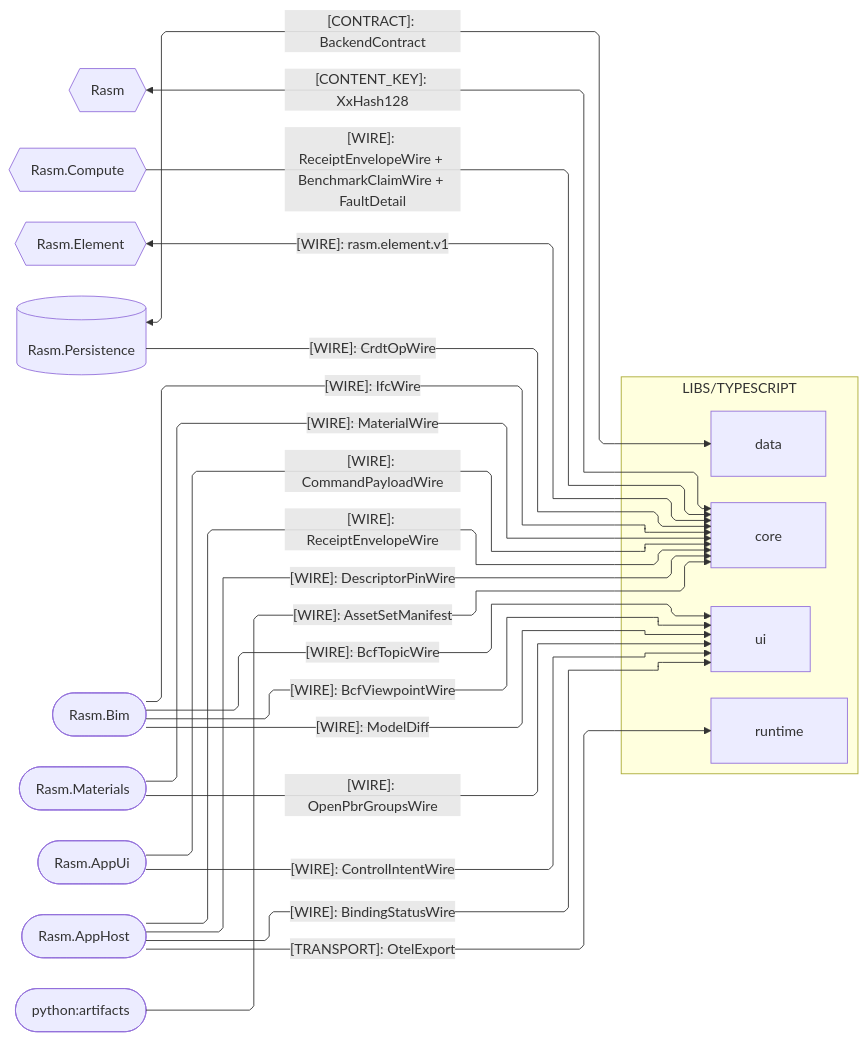
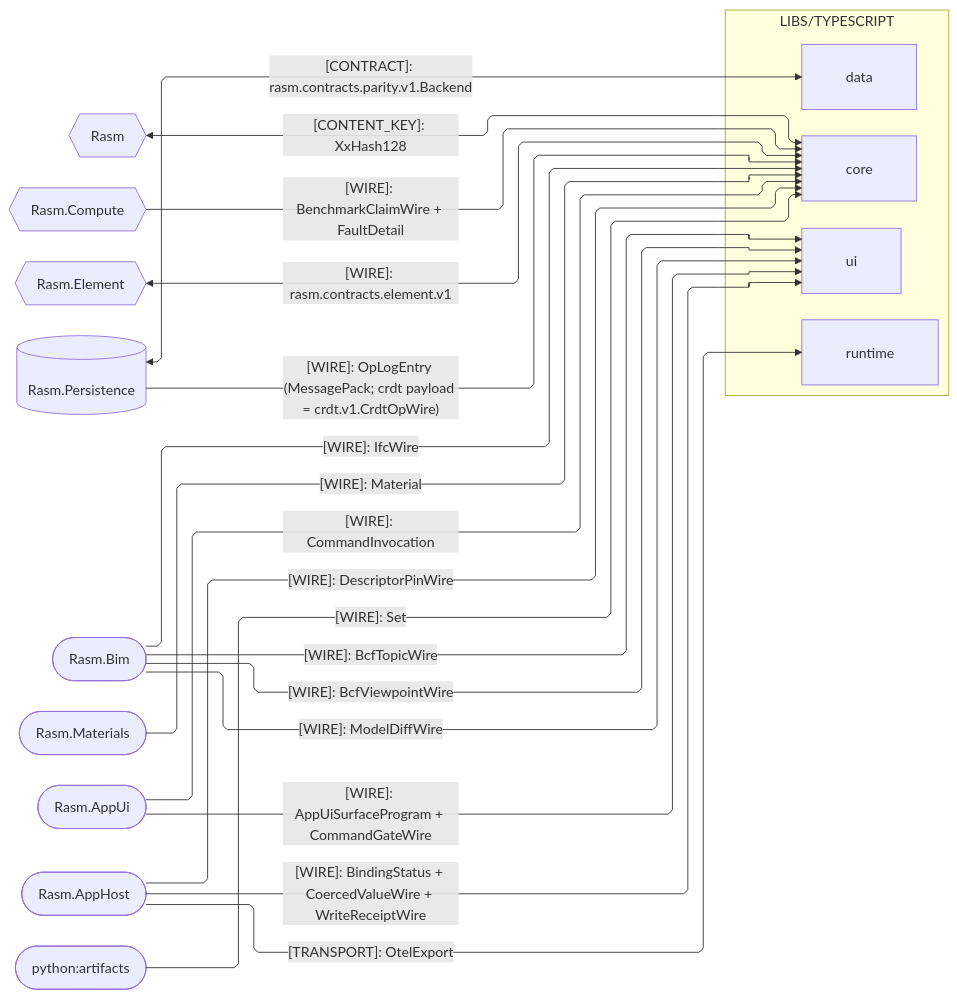
The second of 4 diagrams in libs/typescript/.planning/ARCHITECTURE.md (bsamiee/Rasm), drawn with Mermaid before and after one commit. The commit also changed other lines of this file and 820 other files, not shown here.

````diff
--- a/libs/typescript/.planning/ARCHITECTURE.md
+++ b/libs/typescript/.planning/ARCHITECTURE.md
@@ -77,45 +81,43 @@
 ```mermaid
 ---
 config:
   layout: elk
   flowchart:
     curve: linear
     padding: 25
 ---
 flowchart LR
     accTitle: TypeScript external seam registry
     accDescr: TypeScript exchanges kinded wires and the backend contract with C# packages and the neutral Python artifact producer.
     subgraph ts[LIBS/TYPESCRIPT]
         Core[core]
         Data[data]
         Runtime[runtime]
         Ui[ui]
     end
     Rasm{{Rasm}}
     Compute{{Rasm.Compute}}
     Element{{Rasm.Element}}
     Persistence[(Rasm.Persistence)]
     Bim([Rasm.Bim])
     Materials([Rasm.Materials])
     AppUi([Rasm.AppUi])
     AppHost([Rasm.AppHost])
     Artifacts([python:artifacts])
     Rasm e1@<-->|"[CONTENT_KEY]: XxHash128"| Core
-    Compute e19@-->|"[WIRE]: ReceiptEnvelopeWire + BenchmarkClaimWire + FaultDetail"| Core
-    Element e2@<-->|"[WIRE]: rasm.element.v1"| Core
-    Persistence e4@-->|"[WIRE]: CrdtOpWire"| Core
-    Persistence e14@<-->|"[CONTRACT]: BackendContract"| Data
+    Compute e19@-->|"[WIRE]: BenchmarkClaimWire + FaultDetail"| Core
+    Element e2@<-->|"[WIRE]: rasm.contracts.element.v1"| Core
+    Persistence e4@-->|"[WIRE]: OpLogEntry (MessagePack; crdt payload = crdt.v1.CrdtOpWire)"| Core
+    Persistence e14@<-->|"[CONTRACT]: rasm.contracts.parity.v1.Backend"| Data
     Bim e6@-->|"[WIRE]: IfcWire"| Core
-    Materials e7@-->|"[WIRE]: MaterialWire"| Core
-    AppUi e8@-->|"[WIRE]: CommandPayloadWire"| Core
-    AppHost e5@-->|"[WIRE]: ReceiptEnvelopeWire"| Core
+    Materials e7@-->|"[WIRE]: Material"| Core
+    AppUi e8@-->|"[WIRE]: CommandInvocation"| Core
     Bim e12@-->|"[WIRE]: BcfTopicWire"| Ui
     Bim e18@-->|"[WIRE]: BcfViewpointWire"| Ui
-    Bim e15@-->|"[WIRE]: ModelDiff"| Ui
-    Materials e13@-->|"[WIRE]: OpenPbrGroupsWire"| Ui
-    AppUi e11@-->|"[WIRE]: ControlIntentWire"| Ui
-    AppHost e10@-->|"[WIRE]: BindingStatusWire"| Ui
+    Bim e15@-->|"[WIRE]: ModelDiffWire"| Ui
+    AppUi e11@-->|"[WIRE]: AppUiSurfaceProgram + CommandGateWire"| Ui
+    AppHost e10@-->|"[WIRE]: BindingStatus + CoercedValueWire + WriteReceiptWire"| Ui
     AppHost e9@-->|"[TRANSPORT]: OtelExport"| Runtime
     AppHost e16@-->|"[WIRE]: DescriptorPinWire"| Core
-    Artifacts e17@-->|"[WIRE]: AssetSetManifest"| Core
+    Artifacts e17@-->|"[WIRE]: Set"| Core
 ```
````
